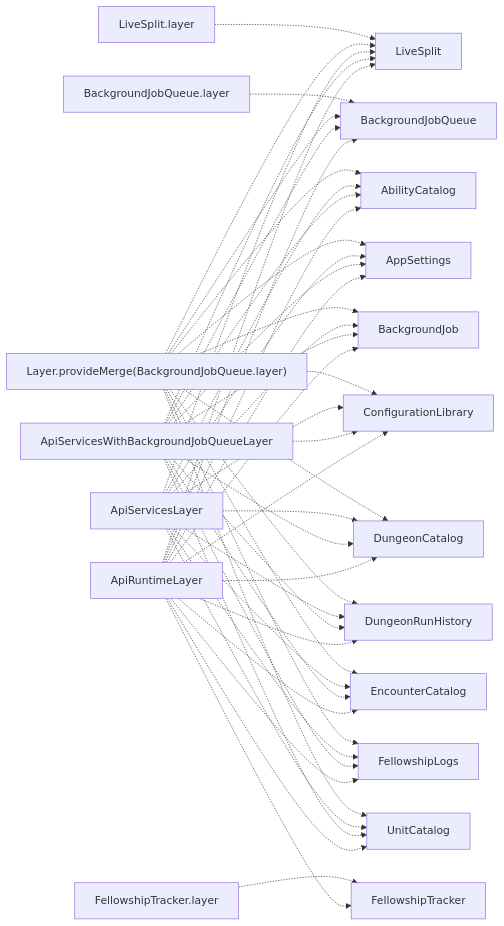
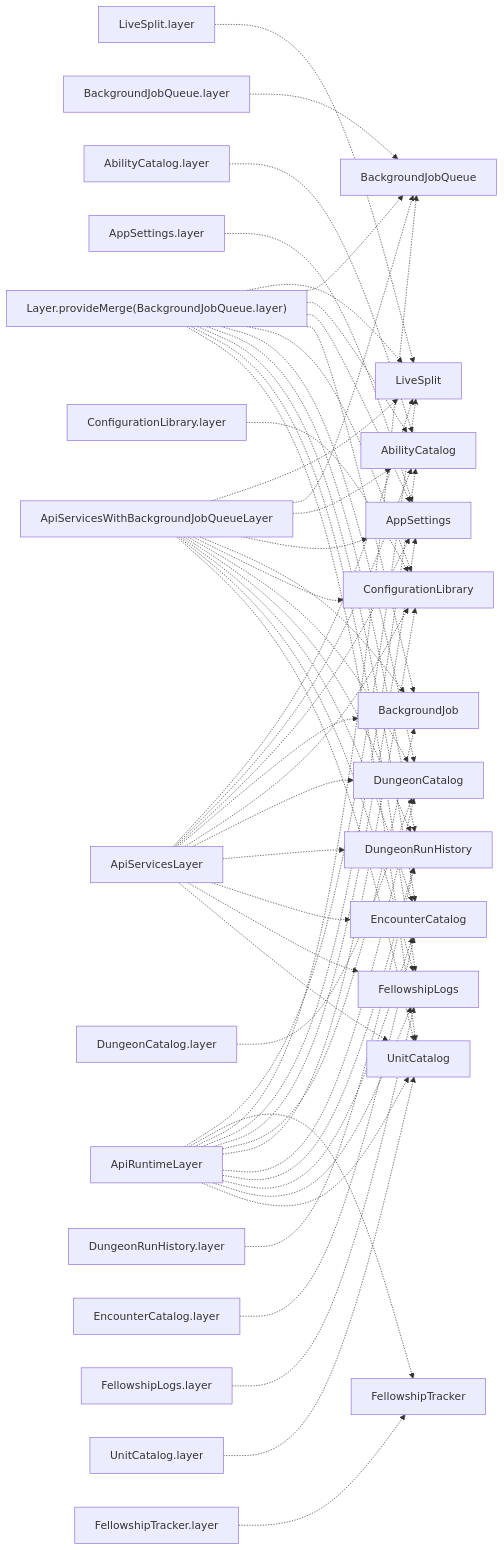
Before and after one commit to reeddunkle/fellowship-run-tracker: the diagram in apps/api/docs/architecture/analysis/service-bundle-memberships.mmd, drawn with Mermaid. The commit also changed 53 other files, not shown here.

Commit message:
move dungeon run store into db

```diff
--- a/apps/api/docs/architecture/analysis/service-bundle-memberships.mmd
+++ b/apps/api/docs/architecture/analysis/service-bundle-memberships.mmd
@@ -1,67 +1,83 @@
 flowchart LR
   LiveSplit_layer["LiveSplit.layer"]
   Layer_provideMerge_BackgroundJobQueue_layer_["Layer.provideMerge(BackgroundJobQueue.layer)"]
   ApiServicesLayer["ApiServicesLayer"]
   ApiServicesWithBackgroundJobQueueLayer["ApiServicesWithBackgroundJobQueueLayer"]
   ApiRuntimeLayer["ApiRuntimeLayer"]
   FellowshipTracker_layer["FellowshipTracker.layer"]
   BackgroundJobQueue_layer["BackgroundJobQueue.layer"]
+  AbilityCatalog_layer["AbilityCatalog.layer"]
+  AppSettings_layer["AppSettings.layer"]
+  ConfigurationLibrary_layer["ConfigurationLibrary.layer"]
+  DungeonCatalog_layer["DungeonCatalog.layer"]
+  DungeonRunHistory_layer["DungeonRunHistory.layer"]
+  EncounterCatalog_layer["EncounterCatalog.layer"]
+  FellowshipLogs_layer["FellowshipLogs.layer"]
+  UnitCatalog_layer["UnitCatalog.layer"]
   LiveSplit["LiveSplit"]
   FellowshipTracker["FellowshipTracker"]
   BackgroundJobQueue["BackgroundJobQueue"]
   AbilityCatalog["AbilityCatalog"]
   AppSettings["AppSettings"]
   BackgroundJob["BackgroundJob"]
   ConfigurationLibrary["ConfigurationLibrary"]
   DungeonCatalog["DungeonCatalog"]
   DungeonRunHistory["DungeonRunHistory"]
   EncounterCatalog["EncounterCatalog"]
   FellowshipLogs["FellowshipLogs"]
   UnitCatalog["UnitCatalog"]
   LiveSplit_layer -.-> LiveSplit
   Layer_provideMerge_BackgroundJobQueue_layer_ -.-> LiveSplit
   ApiServicesLayer -.-> LiveSplit
   ApiServicesWithBackgroundJobQueueLayer -.-> LiveSplit
   ApiRuntimeLayer -.-> LiveSplit
   FellowshipTracker_layer -.-> FellowshipTracker
   ApiRuntimeLayer -.-> FellowshipTracker
   BackgroundJobQueue_layer -.-> BackgroundJobQueue
   Layer_provideMerge_BackgroundJobQueue_layer_ -.-> BackgroundJobQueue
   ApiServicesWithBackgroundJobQueueLayer -.-> BackgroundJobQueue
   ApiRuntimeLayer -.-> BackgroundJobQueue
   Layer_provideMerge_BackgroundJobQueue_layer_ -.-> AbilityCatalog
+  AbilityCatalog_layer -.-> AbilityCatalog
   ApiServicesLayer -.-> AbilityCatalog
   ApiServicesWithBackgroundJobQueueLayer -.-> AbilityCatalog
   ApiRuntimeLayer -.-> AbilityCatalog
   Layer_provideMerge_BackgroundJobQueue_layer_ -.-> AppSettings
+  AppSettings_layer -.-> AppSettings
   ApiServicesLayer -.-> AppSettings
   ApiServicesWithBackgroundJobQueueLayer -.-> AppSettings
   ApiRuntimeLayer -.-> AppSettings
   Layer_provideMerge_BackgroundJobQueue_layer_ -.-> BackgroundJob
   ApiServicesLayer -.-> BackgroundJob
   ApiServicesWithBackgroundJobQueueLayer -.-> BackgroundJob
   ApiRuntimeLayer -.-> BackgroundJob
   Layer_provideMerge_BackgroundJobQueue_layer_ -.-> ConfigurationLibrary
+  ConfigurationLibrary_layer -.-> ConfigurationLibrary
   ApiServicesLayer -.-> ConfigurationLibrary
   ApiServicesWithBackgroundJobQueueLayer -.-> ConfigurationLibrary
   ApiRuntimeLayer -.-> ConfigurationLibrary
   Layer_provideMerge_BackgroundJobQueue_layer_ -.-> DungeonCatalog
+  DungeonCatalog_layer -.-> DungeonCatalog
   ApiServicesLayer -.-> DungeonCatalog
   ApiServicesWithBackgroundJobQueueLayer -.-> DungeonCatalog
   ApiRuntimeLayer -.-> DungeonCatalog
   Layer_provideMerge_BackgroundJobQueue_layer_ -.-> DungeonRunHistory
+  DungeonRunHistory_layer -.-> DungeonRunHistory
   ApiServicesLayer -.-> DungeonRunHistory
   ApiServicesWithBackgroundJobQueueLayer -.-> DungeonRunHistory
   ApiRuntimeLayer -.-> DungeonRunHistory
   Layer_provideMerge_BackgroundJobQueue_layer_ -.-> EncounterCatalog
+  EncounterCatalog_layer -.-> EncounterCatalog
   ApiServicesLayer -.-> EncounterCatalog
   ApiServicesWithBackgroundJobQueueLayer -.-> EncounterCatalog
   ApiRuntimeLayer -.-> EncounterCatalog
   Layer_provideMerge_BackgroundJobQueue_layer_ -.-> FellowshipLogs
+  FellowshipLogs_layer -.-> FellowshipLogs
   ApiServicesLayer -.-> FellowshipLogs
   ApiServicesWithBackgroundJobQueueLayer -.-> FellowshipLogs
   ApiRuntimeLayer -.-> FellowshipLogs
   Layer_provideMerge_BackgroundJobQueue_layer_ -.-> UnitCatalog
+  UnitCatalog_layer -.-> UnitCatalog
   ApiServicesLayer -.-> UnitCatalog
   ApiServicesWithBackgroundJobQueueLayer -.-> UnitCatalog
   ApiRuntimeLayer -.-> UnitCatalog
```
